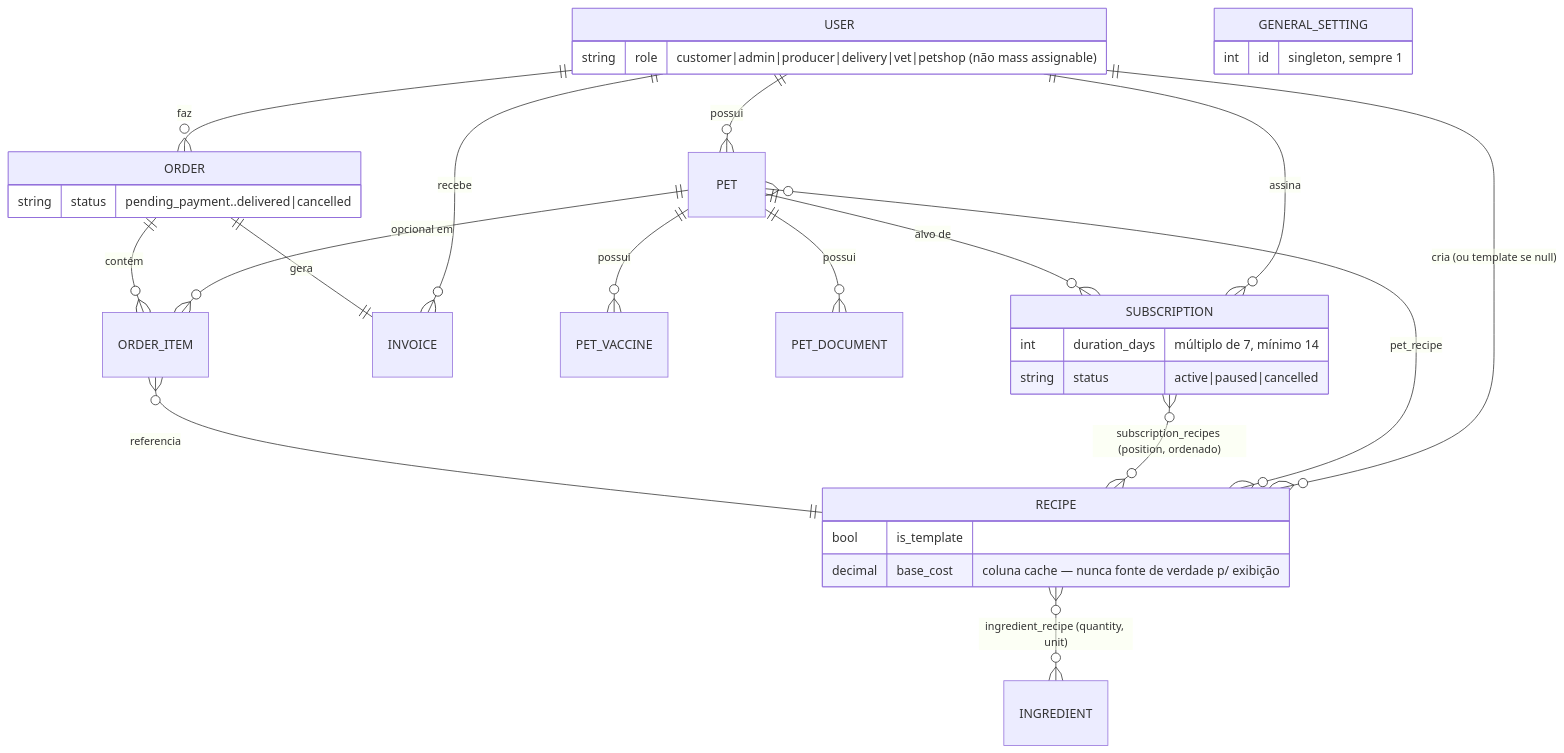
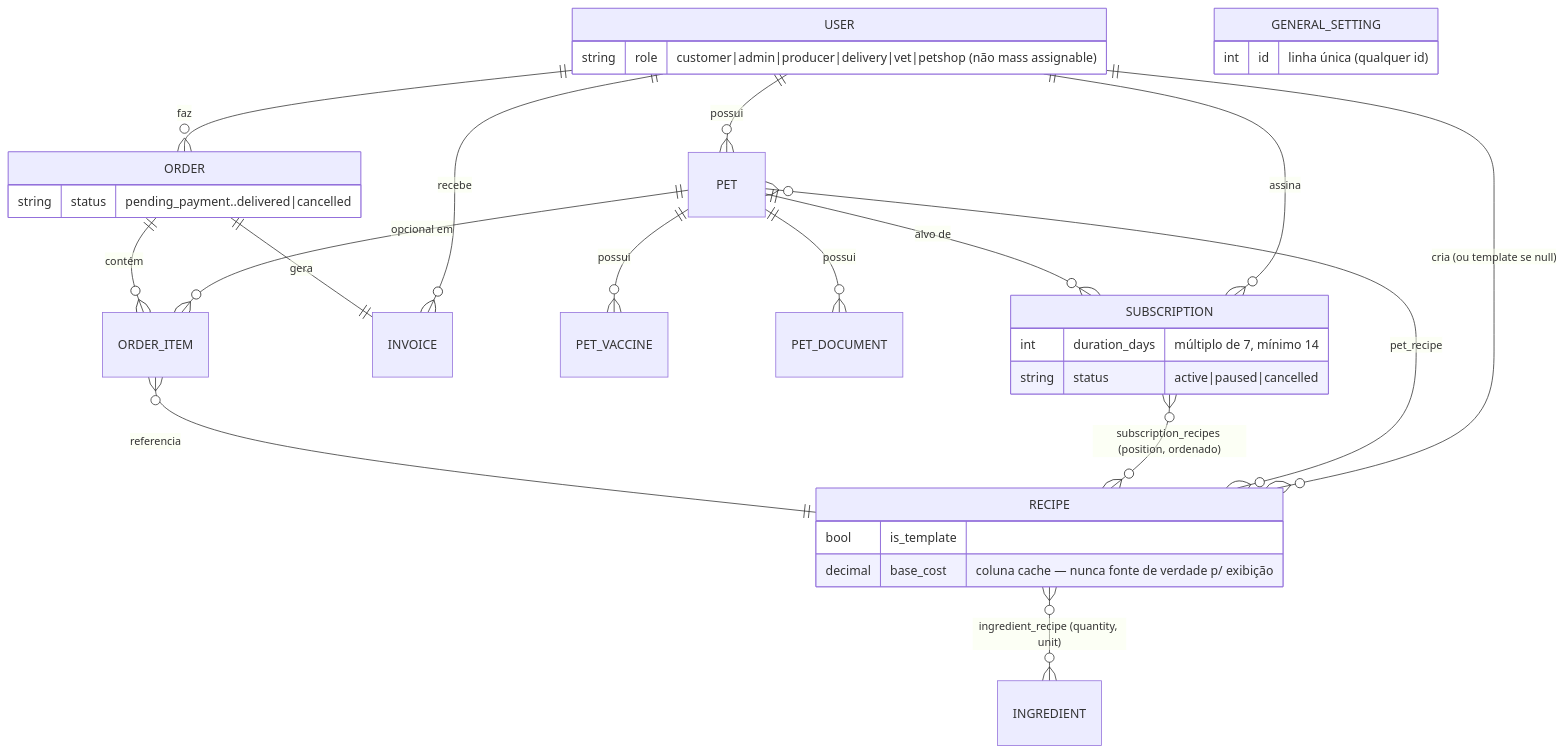
The diagram in docs/dominio.md (matheussesso/goodfood), drawn with Mermaid before and after one commit. The commit also changed other lines of this file and 3 other files, not shown here.

````diff
--- a/docs/dominio.md
+++ b/docs/dominio.md
@@ -29,39 +29,39 @@
 ```mermaid
 erDiagram
     USER ||--o{ PET : "possui"
     USER ||--o{ RECIPE : "cria (ou template se null)"
     USER ||--o{ SUBSCRIPTION : "assina"
     USER ||--o{ ORDER : "faz"
     USER ||--o{ INVOICE : "recebe"
 
     PET }o--o{ RECIPE : "pet_recipe"
     PET ||--o{ SUBSCRIPTION : "alvo de"
     PET ||--o{ PET_VACCINE : "possui"
     PET ||--o{ PET_DOCUMENT : "possui"
     PET ||--o{ ORDER_ITEM : "opcional em"
 
     RECIPE }o--o{ INGREDIENT : "ingredient_recipe (quantity, unit)"
     SUBSCRIPTION }o--o{ RECIPE : "subscription_recipes (position, ordenado)"
     ORDER_ITEM }o--|| RECIPE : "referencia"
 
     ORDER ||--o{ ORDER_ITEM : "contém"
     ORDER ||--|| INVOICE : "gera"
 
     USER {
         string role "customer|admin|producer|delivery|vet|petshop (não mass assignable)"
     }
     RECIPE {
         bool is_template
         decimal base_cost "coluna cache — nunca fonte de verdade p/ exibição"
     }
     SUBSCRIPTION {
         int duration_days "múltiplo de 7, mínimo 14"
         string status "active|paused|cancelled"
     }
     ORDER {
         string status "pending_payment..delivered|cancelled"
     }
     GENERAL_SETTING {
-        int id "singleton, sempre 1"
+        int id "linha única (qualquer id)"
     }
 ```
````
